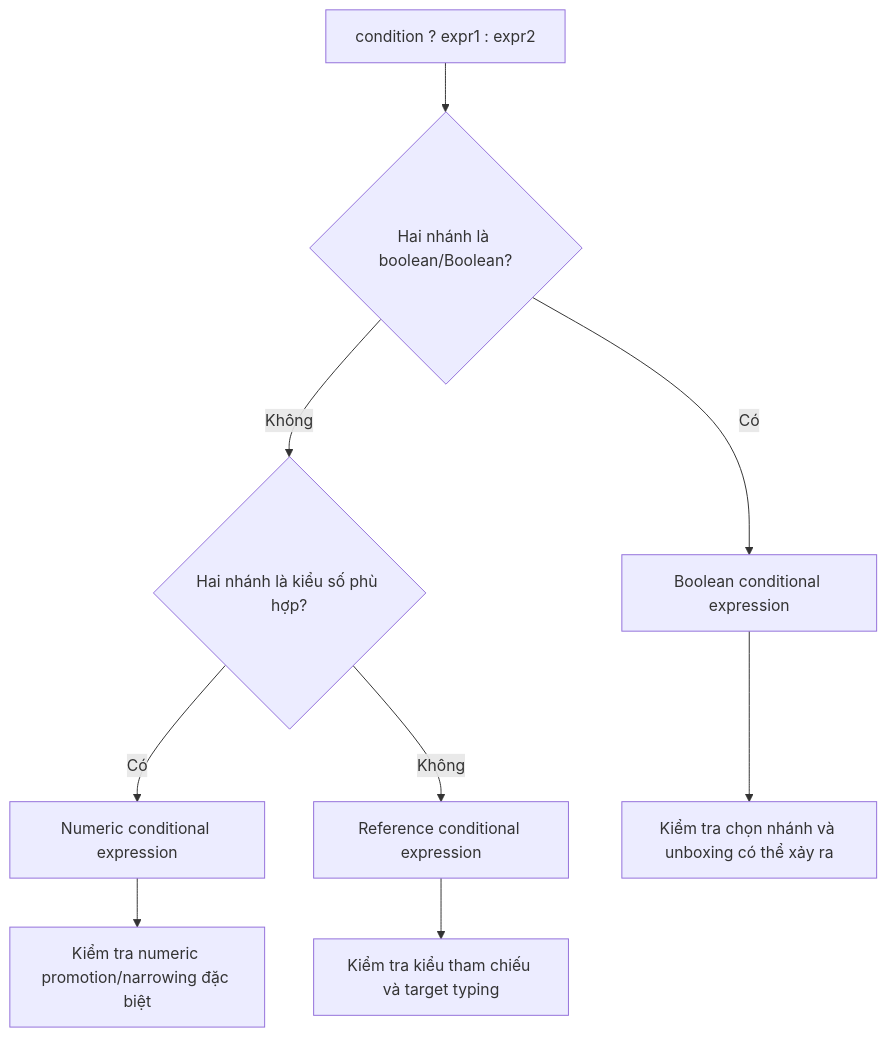
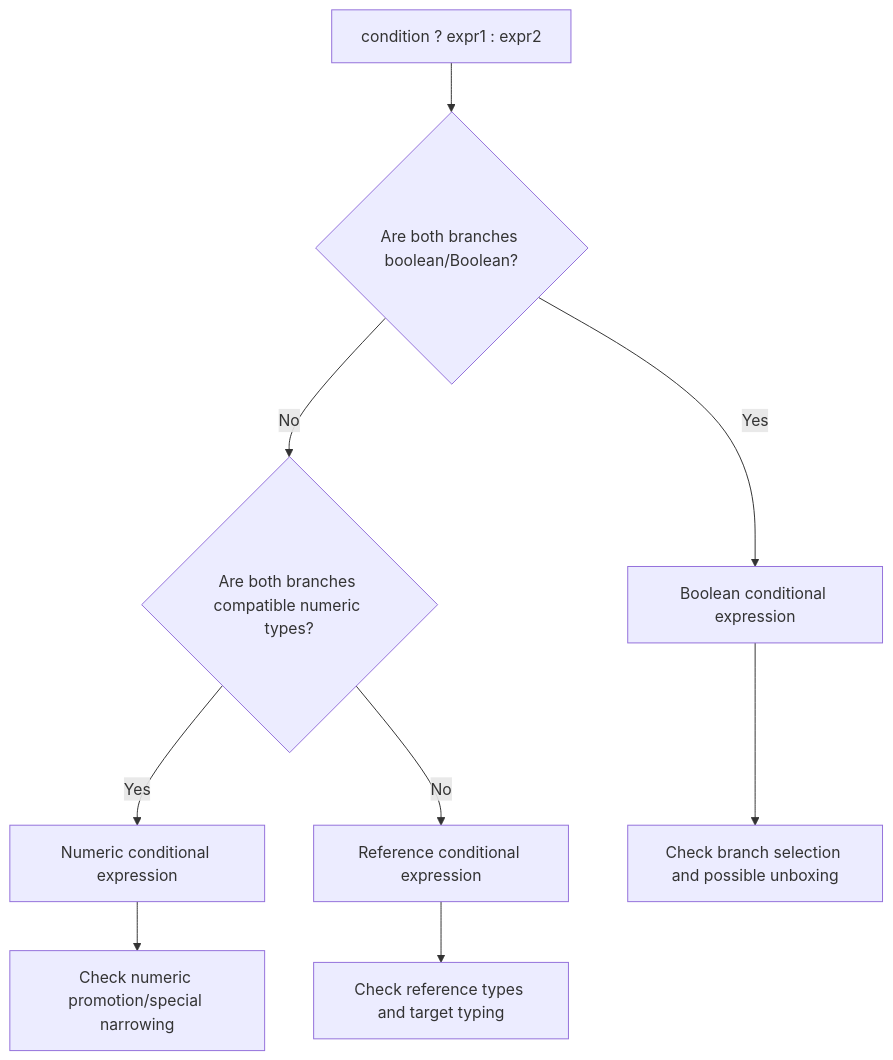
The diagram in module/platform/development/programming/language/java/core/language-basics/content/knowledge/en/17.logic-and-conditions/logic-and-conditions-008.md (phuongnguyenit93/learning-platform-data), drawn with Mermaid before and after one commit. The commit also changed other lines of this file and 2307 other files, not shown here.

```diff
--- a/module/platform/development/programming/language/java/core/language-basics/content/knowledge/en/17.logic-and-conditions/logic-and-conditions-008.md
+++ b/module/platform/development/programming/language/java/core/language-basics/content/knowledge/en/17.logic-and-conditions/logic-and-conditions-008.md
@@ -40,11 +40,11 @@
 ~~~mermaid
 flowchart TD
-    A["condition ? expr1 : expr2"] --> B{"Hai nhánh là boolean/Boolean?"}
-    B -- "Có" --> C["Boolean conditional expression"]
-    B -- "Không" --> D{"Hai nhánh là kiểu số phù hợp?"}
-    D -- "Có" --> E["Numeric conditional expression"]
-    D -- "Không" --> F["Reference conditional expression"]
-    C --> G["Kiểm tra chọn nhánh và unboxing có thể xảy ra"]
-    E --> H["Kiểm tra numeric promotion/narrowing đặc biệt"]
-    F --> I["Kiểm tra kiểu tham chiếu và target typing"]
+    A["condition ? expr1 : expr2"] --> B{"Are both branches boolean/Boolean?"}
+    B -- "Yes" --> C["Boolean conditional expression"]
+    B -- "No" --> D{"Are both branches compatible numeric types?"}
+    D -- "Yes" --> E["Numeric conditional expression"]
+    D -- "No" --> F["Reference conditional expression"]
+    C --> G["Check branch selection and possible unboxing"]
+    E --> H["Check numeric promotion/special narrowing"]
+    F --> I["Check reference types and target typing"]
 ~~~
```
